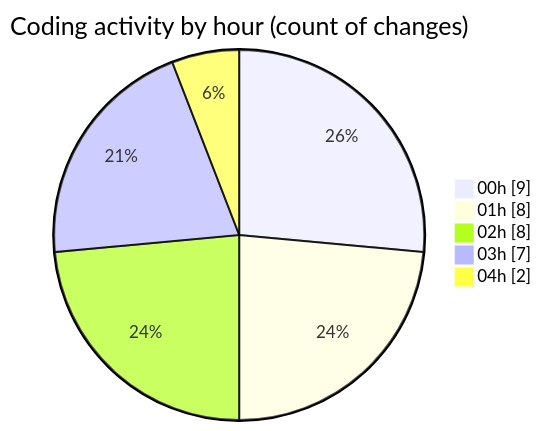
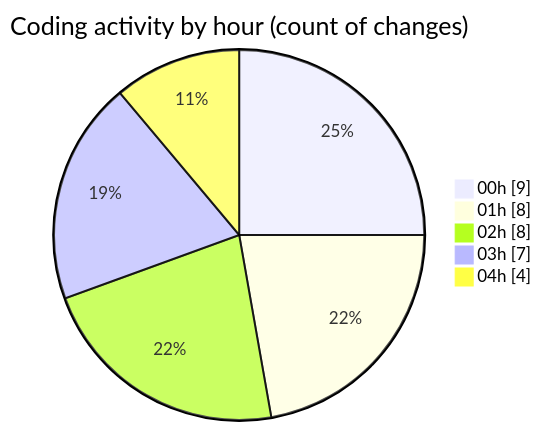
One commit to jrari/code-tracking changed the second of 2 diagrams in 2025-07-14/telebot/README.md. Above: the diagram before and after it, drawn with Mermaid. The commit also changed other lines of this file and 1 other file, not shown here.

````diff
--- a/2025-07-14/telebot/README.md
+++ b/2025-07-14/telebot/README.md
@@ -44,9 +45,9 @@
 ```mermaid
 pie showData
 title Coding activity by hour (count of changes)
 "00h" : 9
 "01h" : 8
 "02h" : 8
 "03h" : 7
-"04h" : 2
+"04h" : 4
 ```
````
